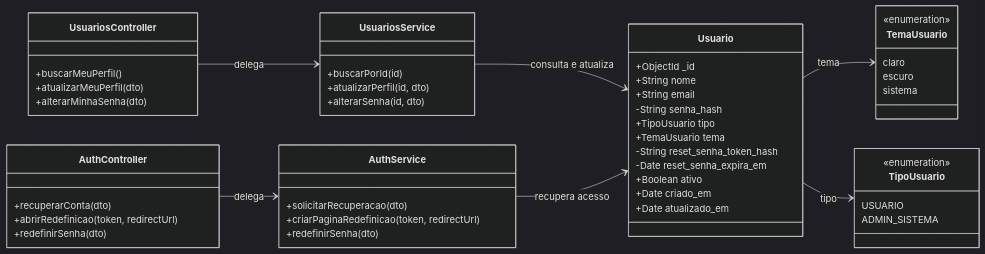
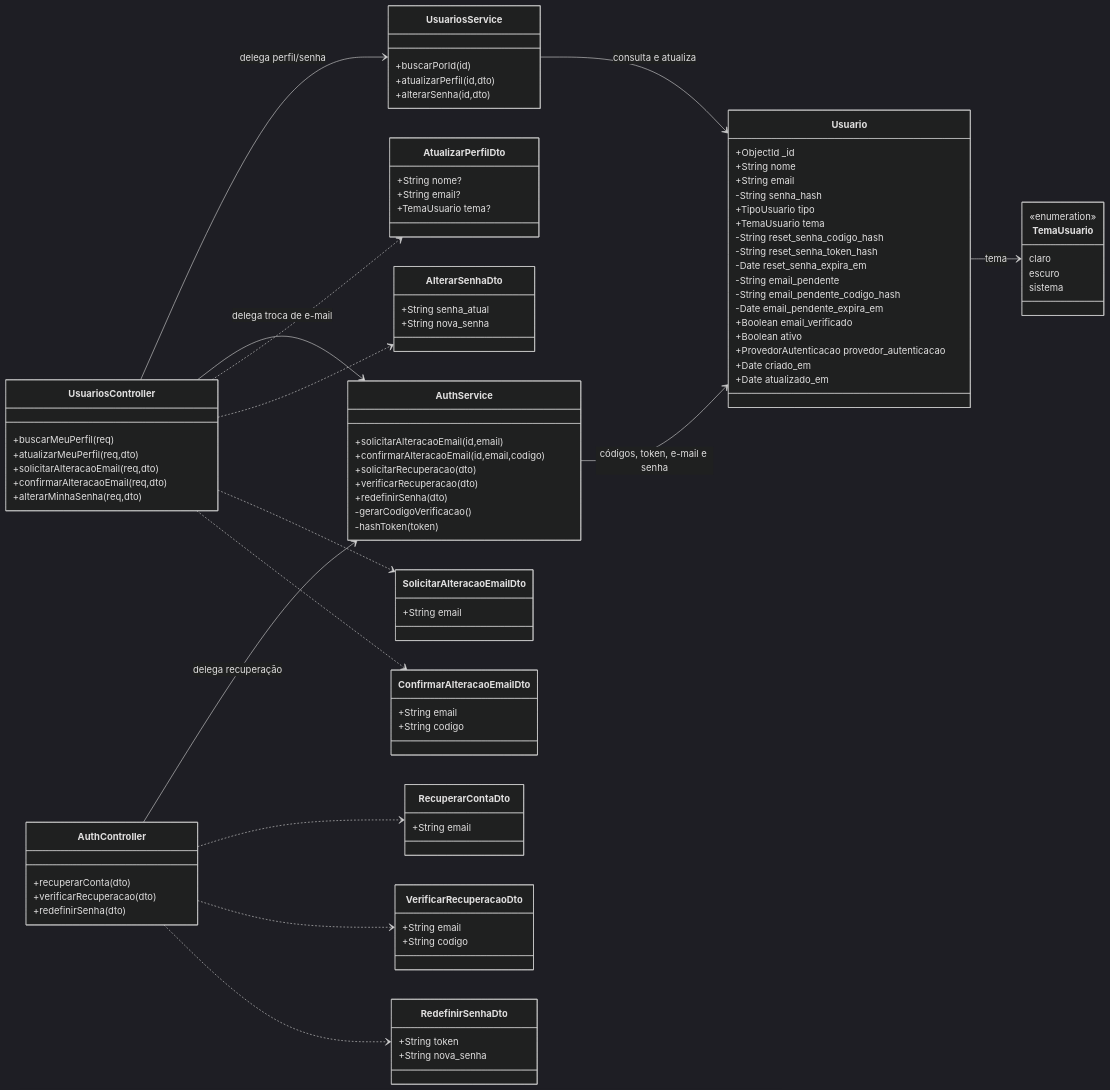
Before and after one commit to Conecta-IFSP/DOCUMENTATION: the diagram in 2 - Incremento1/configuracoes-usuario/3 - diagrama-classes-configuracoes-usuario.md, drawn with Mermaid (dark theme). The commit also changed other lines of this file and 43 other files, not shown here.

````diff
--- a/2 - Incremento1/configuracoes-usuario/3 - diagrama-classes-configuracoes-usuario.md
+++ b/2 - Incremento1/configuracoes-usuario/3 - diagrama-classes-configuracoes-usuario.md
@@ -3,62 +5,92 @@
 ```mermaid
 classDiagram
-    direction LR
+direction LR
+class Usuario {
+  +ObjectId _id
+  +String nome
+  +String email
+  -String senha_hash
+  +TipoUsuario tipo
+  +TemaUsuario tema
+  -String reset_senha_codigo_hash
+  -String reset_senha_token_hash
+  -Date reset_senha_expira_em
+  -String email_pendente
+  -String email_pendente_codigo_hash
+  -Date email_pendente_expira_em
+  +Boolean email_verificado
+  +Boolean ativo
+  +ProvedorAutenticacao provedor_autenticacao
+  +Date criado_em
+  +Date atualizado_em
+}
+class TemaUsuario {
+  <<enumeration>>
+  claro
+  escuro
+  sistema
+}
+class UsuariosController {
+  +buscarMeuPerfil(req)
+  +atualizarMeuPerfil(req,dto)
+  +solicitarAlteracaoEmail(req,dto)
+  +confirmarAlteracaoEmail(req,dto)
+  +alterarMinhaSenha(req,dto)
+}
+class UsuariosService {
+  +buscarPorId(id)
+  +atualizarPerfil(id,dto)
+  +alterarSenha(id,dto)
+}
+class AuthController {
+  +recuperarConta(dto)
+  +verificarRecuperacao(dto)
+  +redefinirSenha(dto)
+}
+class AuthService {
+  +solicitarAlteracaoEmail(id,email)
+  +confirmarAlteracaoEmail(id,email,codigo)
+  +solicitarRecuperacao(dto)
+  +verificarRecuperacao(dto)
+  +redefinirSenha(dto)
+  -gerarCodigoVerificacao()
+  -hashToken(token)
+}
+class AtualizarPerfilDto {
+  +String nome?
+  +String email?
+  +TemaUsuario tema?
+}
+class AlterarSenhaDto {
+  +String senha_atual
+  +String nova_senha
+}
+class RecuperarContaDto { +String email }
+class VerificarRecuperacaoDto {
+  +String email
+  +String codigo
+}
+class RedefinirSenhaDto {
+  +String token
+  +String nova_senha
+}
+class SolicitarAlteracaoEmailDto { +String email }
+class ConfirmarAlteracaoEmailDto {
+  +String email
+  +String codigo
+}
 
-    class Usuario {
-        +ObjectId _id
-        +String nome
-        +String email
-        -String senha_hash
-        +TipoUsuario tipo
-        +TemaUsuario tema
-        -String reset_senha_token_hash
-        -Date reset_senha_expira_em
-        +Boolean ativo
-        +Date criado_em
-        +Date atualizado_em
-    }
-
-    class UsuariosController {
-        +buscarMeuPerfil()
-        +atualizarMeuPerfil(dto)
-        +alterarMinhaSenha(dto)
-    }
-
-    class UsuariosService {
-        +buscarPorId(id)
-        +atualizarPerfil(id, dto)
-        +alterarSenha(id, dto)
-    }
-
-    class AuthController {
-        +recuperarConta(dto)
-        +abrirRedefinicao(token, redirectUrl)
-        +redefinirSenha(dto)
-    }
-
-    class AuthService {
-        +solicitarRecuperacao(dto)
-        +criarPaginaRedefinicao(token, redirectUrl)
-        +redefinirSenha(dto)
-    }
-
-    class TemaUsuario {
-        <<enumeration>>
-        claro
-        escuro
-        sistema
-    }
-
-    class TipoUsuario {
-        <<enumeration>>
-        USUARIO
-        ADMIN_SISTEMA
-    }
-
-    UsuariosController --> UsuariosService : delega
-    AuthController --> AuthService : delega
-    UsuariosService --> Usuario : consulta e atualiza
-    AuthService --> Usuario : recupera acesso
-    Usuario --> TemaUsuario : tema
-    Usuario --> TipoUsuario : tipo
+Usuario --> TemaUsuario : tema
+UsuariosController --> UsuariosService : delega perfil/senha
+UsuariosController --> AuthService : delega troca de e-mail
+AuthController --> AuthService : delega recuperação
+UsuariosService --> Usuario : consulta e atualiza
+AuthService --> Usuario : códigos, token, e-mail e senha
+UsuariosController ..> AtualizarPerfilDto
+UsuariosController ..> AlterarSenhaDto
+UsuariosController ..> SolicitarAlteracaoEmailDto
+UsuariosController ..> ConfirmarAlteracaoEmailDto
+AuthController ..> RecuperarContaDto
+AuthController ..> VerificarRecuperacaoDto
+AuthController ..> RedefinirSenhaDto
 ```
````
